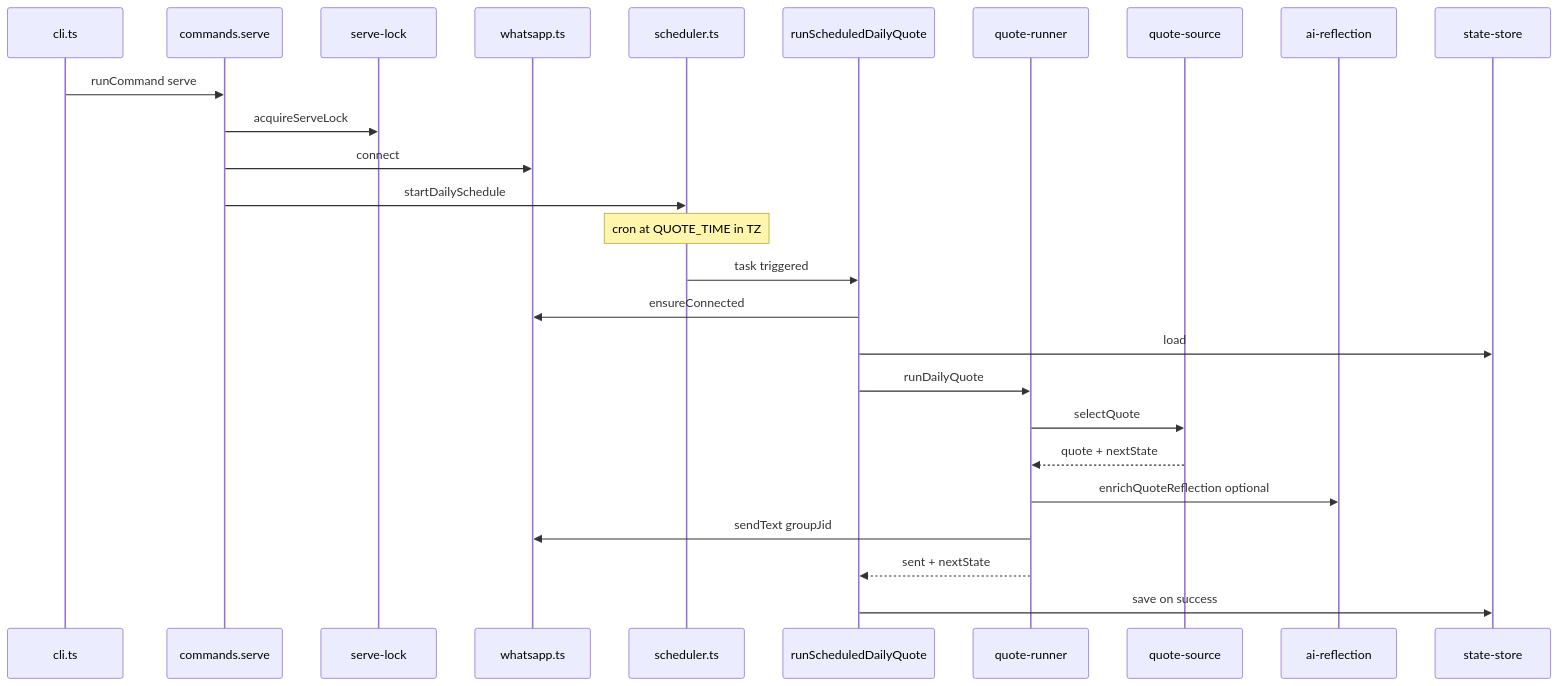
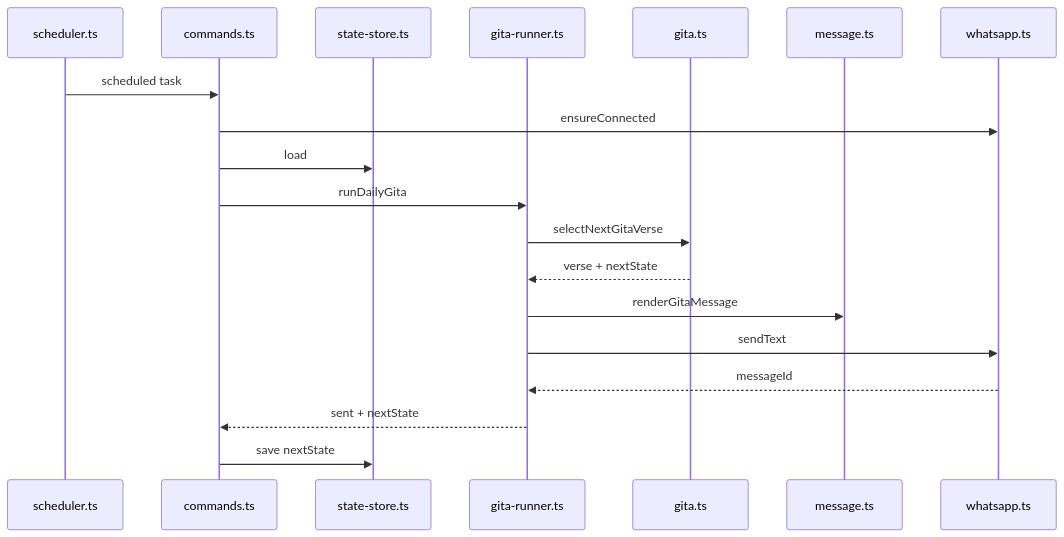
One commit to sidntrivedi/wapp-quote changed the second of 2 diagrams in docs/ARCHITECTURE.md. Above: the diagram before and after it, drawn with Mermaid. The commit also changed other lines of this file and 44 other files, not shown here.

Commit message:
feat: send gita shlokas instead of quotes

````diff
--- a/docs/ARCHITECTURE.md
+++ b/docs/ARCHITECTURE.md
@@ -187,29 +151,22 @@
 ```mermaid
 sequenceDiagram
-    participant CLI as cli.ts
-    participant CMD as commands.serve
-    participant Lock as serve-lock
+    participant Sch as scheduler.ts
+    participant Cmd as commands.ts
+    participant Store as state-store.ts
+    participant Run as gita-runner.ts
+    participant Gita as gita.ts
+    participant Msg as message.ts
     participant WA as whatsapp.ts
-    participant Sch as scheduler.ts
-    participant Run as runScheduledDailyQuote
-    participant QR as quote-runner
-    participant Src as quote-source
-    participant AI as ai-reflection
-    participant State as state-store
 
-    CLI->>CMD: runCommand serve
-    CMD->>Lock: acquireServeLock
-    CMD->>WA: connect
-    CMD->>Sch: startDailySchedule
-    Note over Sch: cron at QUOTE_TIME in TZ
-    Sch->>Run: task triggered
-    Run->>WA: ensureConnected
-    Run->>State: load
-    Run->>QR: runDailyQuote
-    QR->>Src: selectQuote
-    Src-->>QR: quote + nextState
-    QR->>AI: enrichQuoteReflection optional
-    QR->>WA: sendText groupJid
-    QR-->>Run: sent + nextState
-    Run->>State: save on success
+    Sch->>Cmd: scheduled task
+    Cmd->>WA: ensureConnected
+    Cmd->>Store: load
+    Cmd->>Run: runDailyGita
+    Run->>Gita: selectNextGitaVerse
+    Gita-->>Run: verse + nextState
+    Run->>Msg: renderGitaMessage
+    Run->>WA: sendText
+    WA-->>Run: messageId
+    Run-->>Cmd: sent + nextState
+    Cmd->>Store: save nextState
 ```
````
